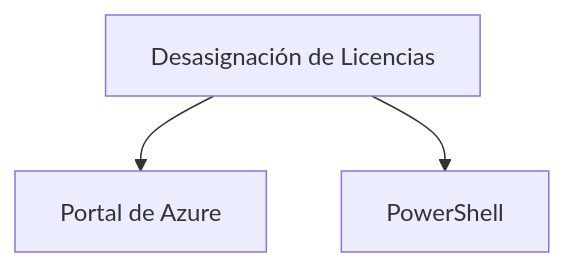
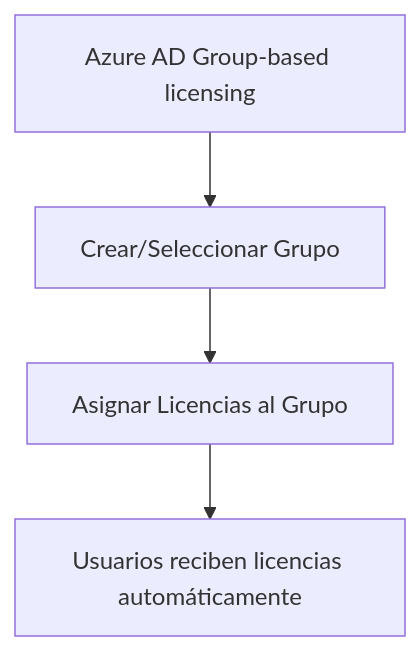
Before and after one commit to fedesantamarina/az-104: the second of 3 diagrams in Manage Licenses in Azure AD.md, drawn with Mermaid. The commit also changed other lines of this file, not shown here.

````diff
--- a/Manage Licenses in Azure AD.md
+++ b/Manage Licenses in Azure AD.md
@@ -74,5 +31,6 @@
 ```mermaid
-graph TD
-  A[Desasignación de Licencias] --> B[Portal de Azure]
-  A --> C[PowerShell]
+graph TD;
+  A[Azure AD Group-based licensing] --> B[Crear/Seleccionar Grupo]
+  B --> C[Asignar Licencias al Grupo]
+  C --> D[Usuarios reciben licencias automáticamente]
 ```
````
